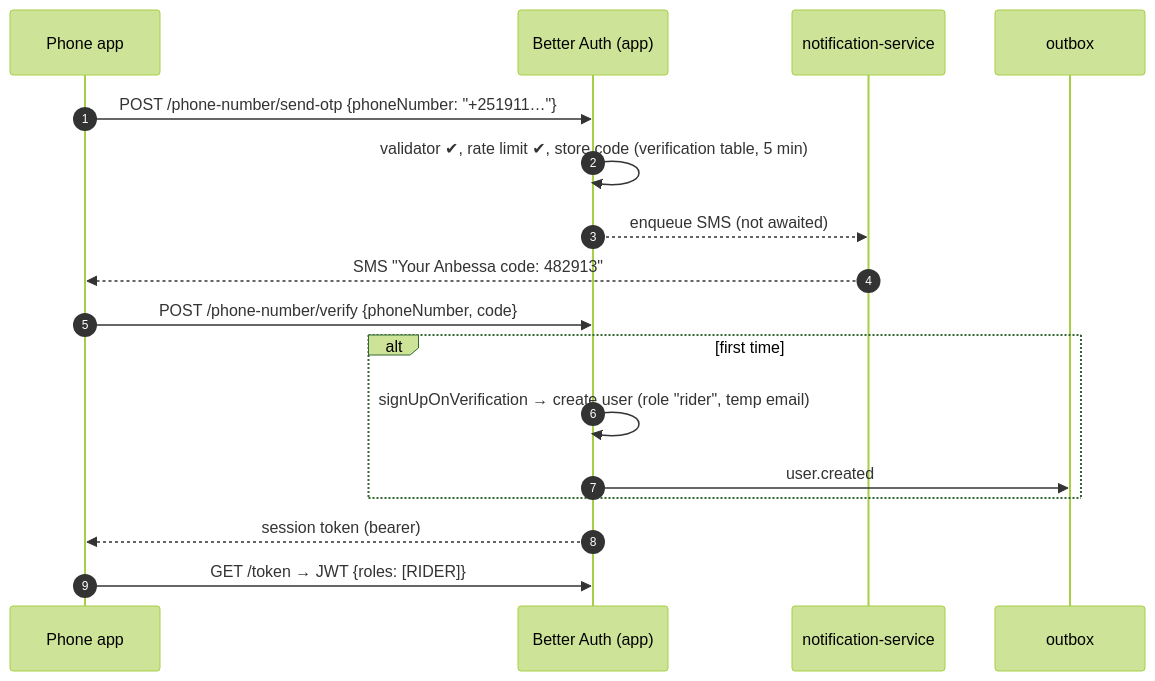
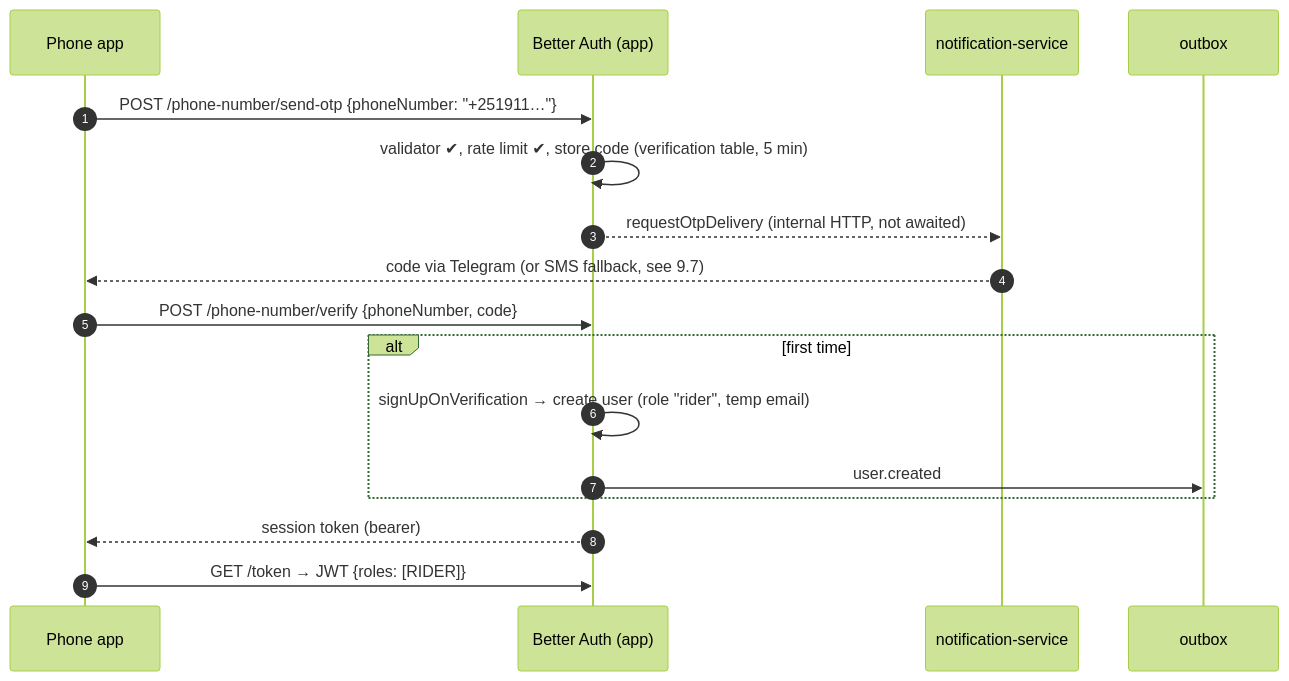
The sixth of 12 diagrams in docs/design/Auth.md (beab1212/Anbessa), drawn with Mermaid (forest theme) before and after one commit. The commit also changed other lines of this file and 92 other files, not shown here.

Commit message:
Refactor authentication setup and documentation; replace local JWT key generation with Better Auth integration, update `.env.example` for new auth service secrets, and enhance documentation to reflect the transition to Telegram for OTP delivery with SMS fallback.

````diff
--- a/docs/design/Auth.md
+++ b/docs/design/Auth.md
@@ -406,19 +415,19 @@
 ```mermaid
 sequenceDiagram
   autonumber
   participant A as Phone app
   participant BA as Better Auth (app)
   participant N as notification-service
   participant OB as outbox
   A->>BA: POST /phone-number/send-otp {phoneNumber: "+251911…"}
   BA->>BA: validator ✔, rate limit ✔, store code (verification table, 5 min)
-  BA-->>N: enqueue SMS (not awaited)
-  N-->>A: SMS "Your Anbessa code: 482913"
+  BA-->>N: requestOtpDelivery (internal HTTP, not awaited)
+  N-->>A: code via Telegram (or SMS fallback, see 9.7)
   A->>BA: POST /phone-number/verify {phoneNumber, code}
   alt first time
     BA->>BA: signUpOnVerification → create user (role "rider", temp email)
     BA->>OB: user.created
   end
   BA-->>A: session token (bearer)
   A->>BA: GET /token → JWT {roles: [RIDER]}
 ```
````
